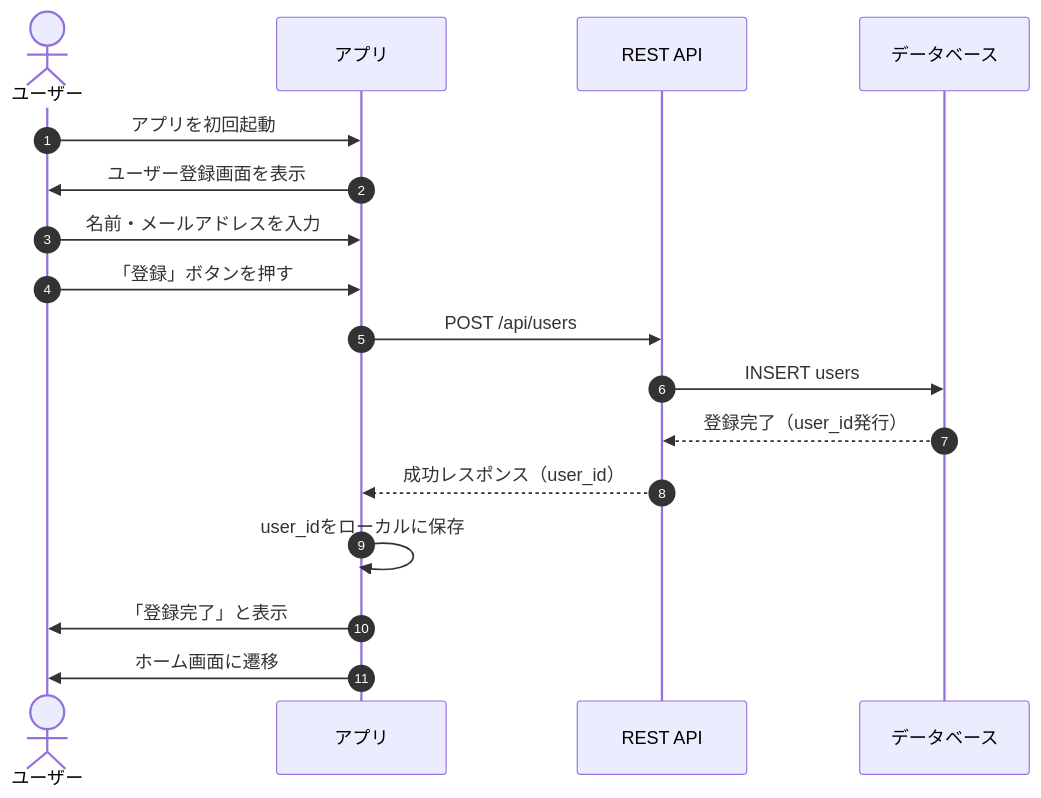
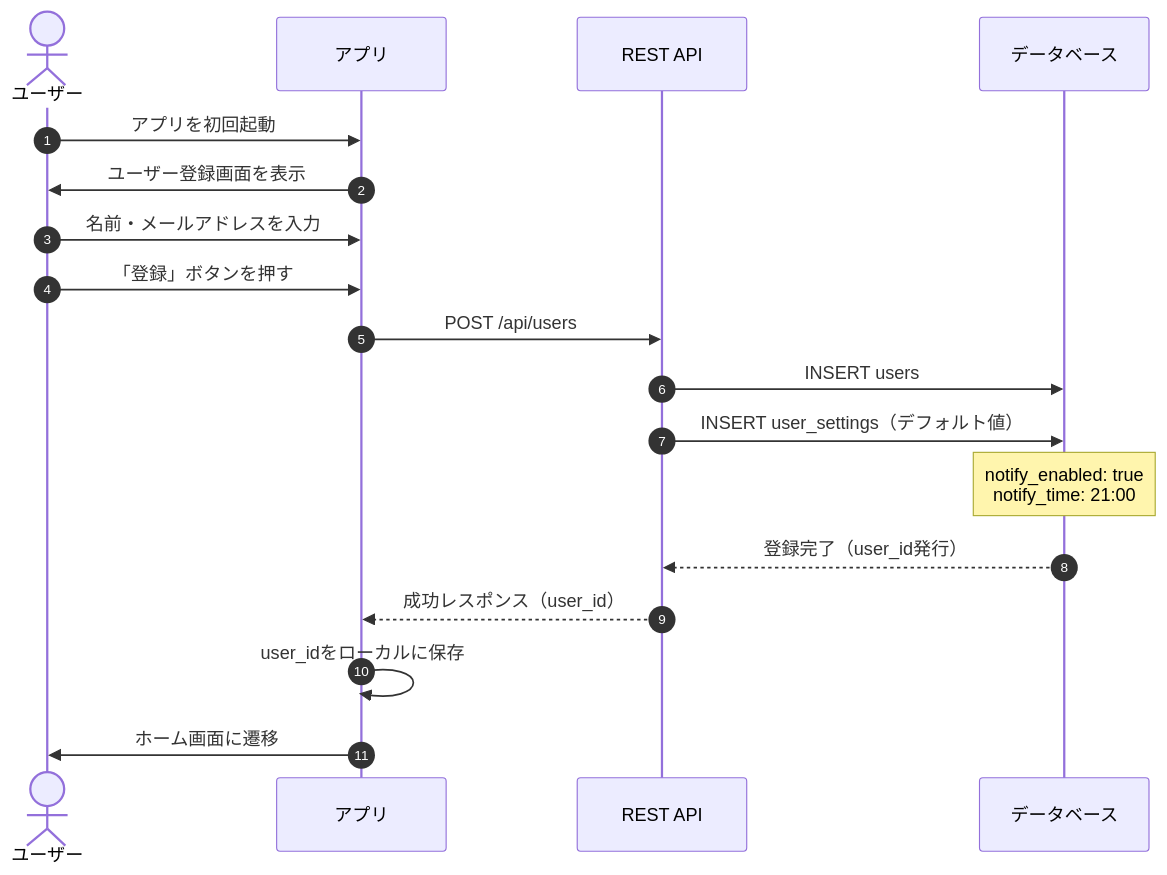
One commit to Syota622/TriggerSearch changed the fourth of 11 diagrams in document/APP/sequence.md. Above: the diagram before and after it, drawn with Mermaid. The commit also changed other lines of this file and 3 other files, not shown here.

````diff
--- a/document/APP/sequence.md
+++ b/document/APP/sequence.md
@@ -71,23 +111,24 @@
 ```mermaid
 sequenceDiagram
     autonumber
     actor User as ユーザー
     participant App as アプリ
     participant API as REST API
     participant DB as データベース
 
     User->>App: アプリを初回起動
     App->>User: ユーザー登録画面を表示
     
     User->>App: 名前・メールアドレスを入力
     User->>App: 「登録」ボタンを押す
     
     App->>API: POST /api/users
     API->>DB: INSERT users
+    API->>DB: INSERT user_settings（デフォルト値）
+    Note over DB: notify_enabled: true<br/>notify_time: 21:00
     DB-->>API: 登録完了（user_id発行）
     API-->>App: 成功レスポンス（user_id）
     
     App->>App: user_idをローカルに保存
-    App->>User: 「登録完了」と表示
     App->>User: ホーム画面に遷移
 ```
````
